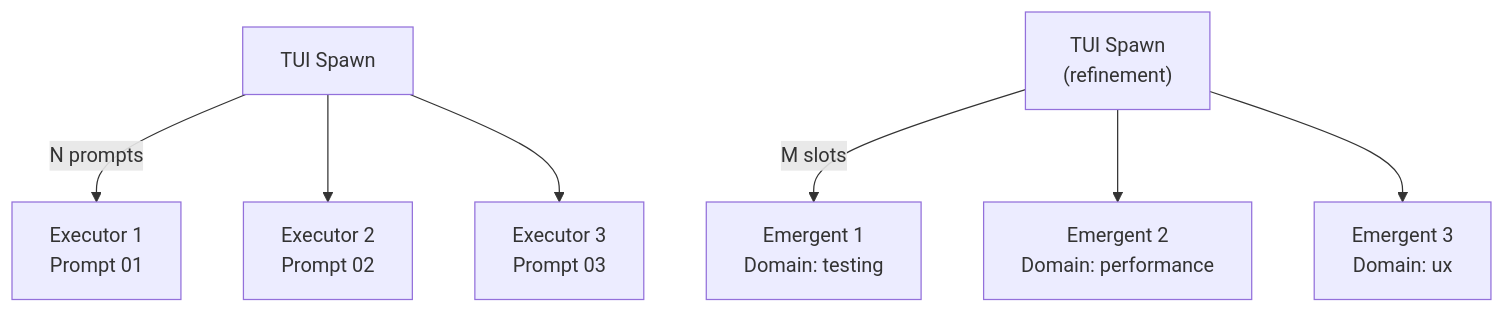
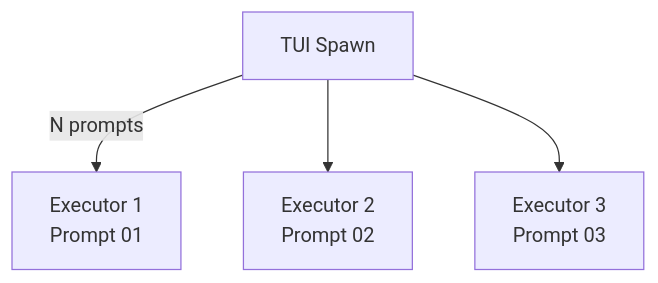
One commit to kalem-edlin/all-hands-cli changed the diagram in docs/agents/execution-agents.md. Above: the diagram before and after it, drawn with Mermaid. The commit also changed other lines of this file and 17 other files, not shown here.

````diff
--- a/docs/agents/execution-agents.md
+++ b/docs/agents/execution-agents.md
@@ -47,10 +34,6 @@
 ```mermaid
 flowchart TD
     TUI["TUI Spawn"] --> |"N prompts"| E1["Executor 1\nPrompt 01"]
     TUI --> E2["Executor 2\nPrompt 02"]
     TUI --> E3["Executor 3\nPrompt 03"]
-
-    TUI2["TUI Spawn\n(refinement)"] --> |"M slots"| R1["Emergent 1\nDomain: testing"]
-    TUI2 --> R2["Emergent 2\nDomain: performance"]
-    TUI2 --> R3["Emergent 3\nDomain: ux"]
 ```
````
